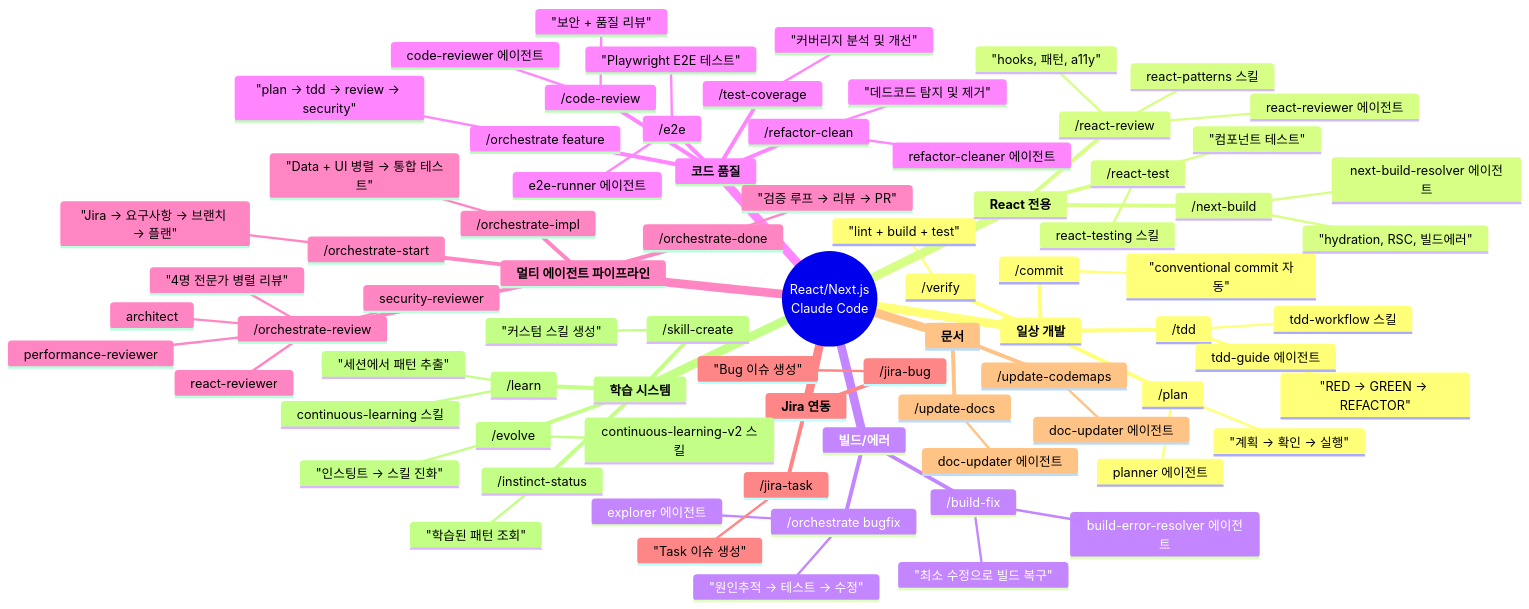
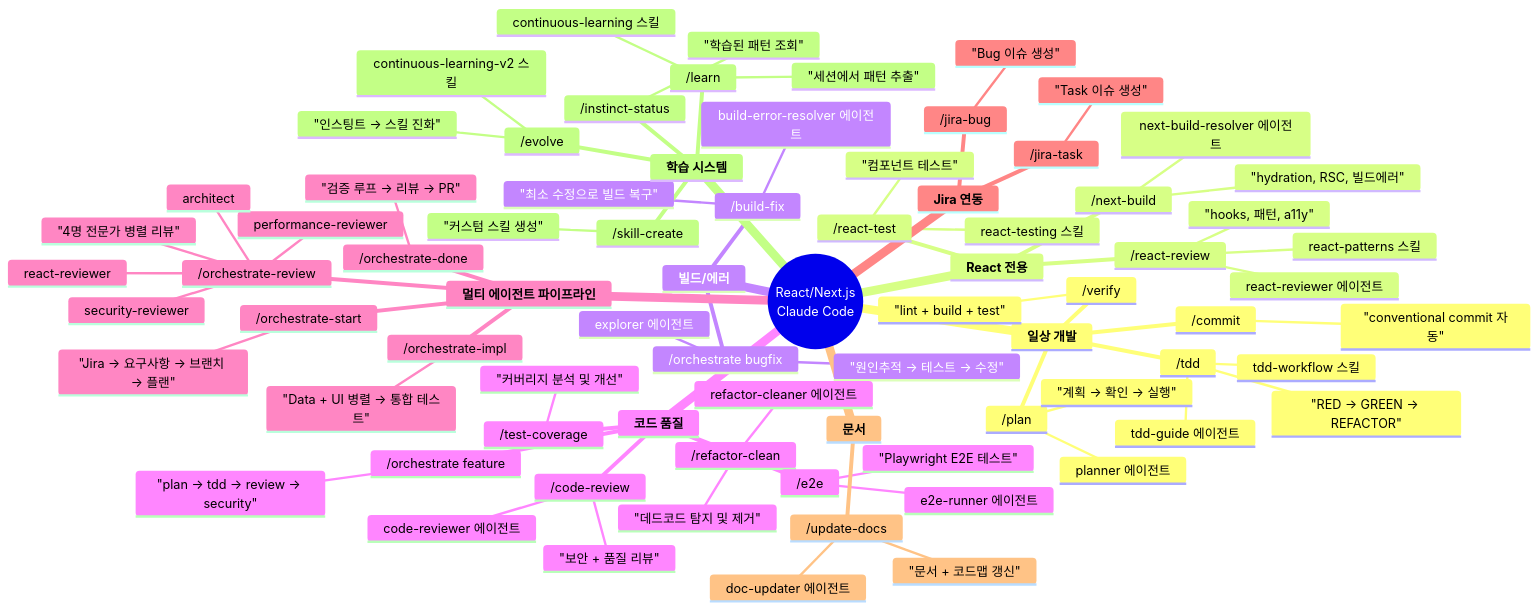
The first of 10 diagrams in docs/react-next-guide.md (wooinwoo/claude-code), drawn with Mermaid before and after one commit. The commit also changed other lines of this file and 22 other files, not shown here.

````diff
--- a/docs/react-next-guide.md
+++ b/docs/react-next-guide.md
@@ -5,82 +5,81 @@
 ```mermaid
 mindmap
   root((React/Next.js<br/>Claude Code))
     **일상 개발**
       /plan
         planner 에이전트
         "계획 → 확인 → 실행"
       /tdd
         tdd-guide 에이전트
         tdd-workflow 스킬
         "RED → GREEN → REFACTOR"
       /commit
         "conventional commit 자동"
       /verify
         "lint + build + test"
     **React 전용**
       /react-review
         react-reviewer 에이전트
         react-patterns 스킬
         "hooks, 패턴, a11y"
       /react-test
         react-testing 스킬
         "컴포넌트 테스트"
       /next-build
         next-build-resolver 에이전트
         "hydration, RSC, 빌드에러"
     **빌드/에러**
       /build-fix
         build-error-resolver 에이전트
         "최소 수정으로 빌드 복구"
       /orchestrate bugfix
         explorer 에이전트
         "원인추적 → 테스트 → 수정"
     **코드 품질**
       /code-review
         code-reviewer 에이전트
         "보안 + 품질 리뷰"
       /orchestrate feature
         "plan → tdd → review → security"
       /refactor-clean
         refactor-cleaner 에이전트
         "데드코드 탐지 및 제거"
       /e2e
         e2e-runner 에이전트
         "Playwright E2E 테스트"
       /test-coverage
         "커버리지 분석 및 개선"
     **멀티 에이전트 파이프라인**
       /orchestrate-start
         "Jira → 요구사항 → 브랜치 → 플랜"
       /orchestrate-review
         "4명 전문가 병렬 리뷰"
         react-reviewer
         performance-reviewer
         security-reviewer
         architect
       /orchestrate-impl
         "Data + UI 병렬 → 통합 테스트"
       /orchestrate-done
         "검증 루프 → 리뷰 → PR"
     **Jira 연동**
       /jira-bug
         "Bug 이슈 생성"
       /jira-task
         "Task 이슈 생성"
     **문서**
       /update-docs
         doc-updater 에이전트
-      /update-codemaps
-        doc-updater 에이전트
+        "문서 + 코드맵 갱신"
     **학습 시스템**
       /learn
         continuous-learning 스킬
         "세션에서 패턴 추출"
       /skill-create
         "커스텀 스킬 생성"
       /evolve
         continuous-learning-v2 스킬
         "인스팅트 → 스킬 진화"
       /instinct-status
         "학습된 패턴 조회"
 ```
````
